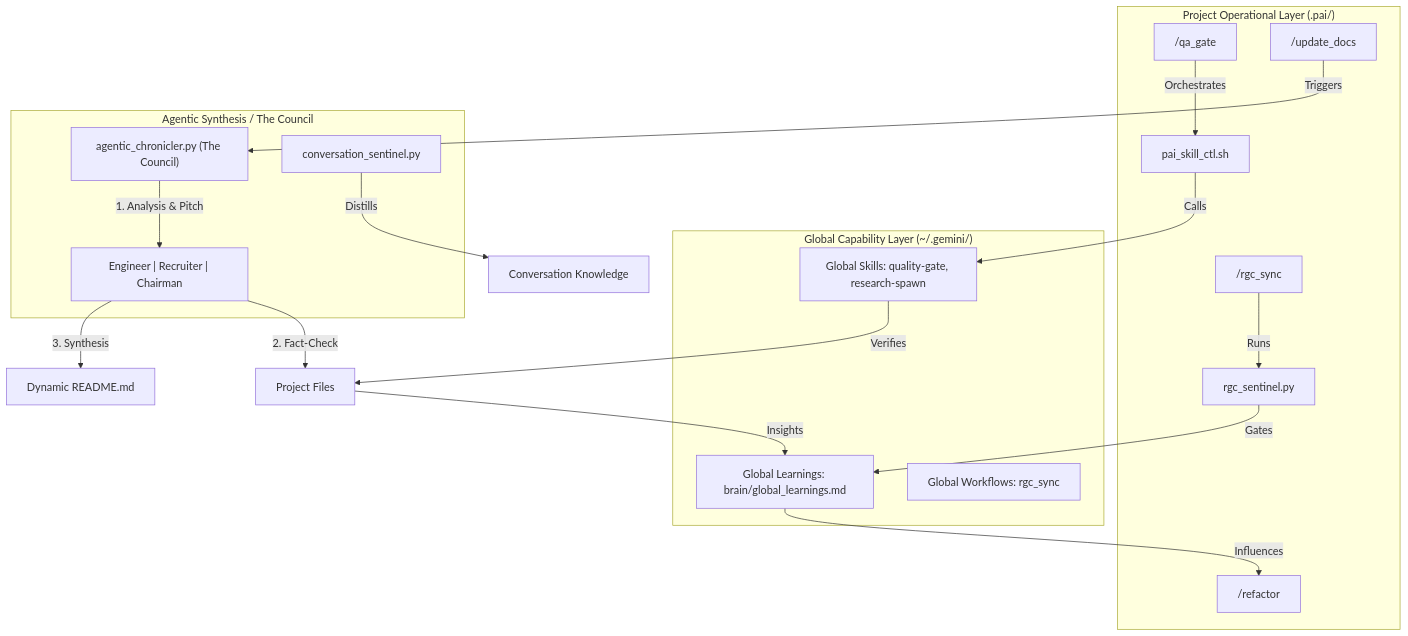
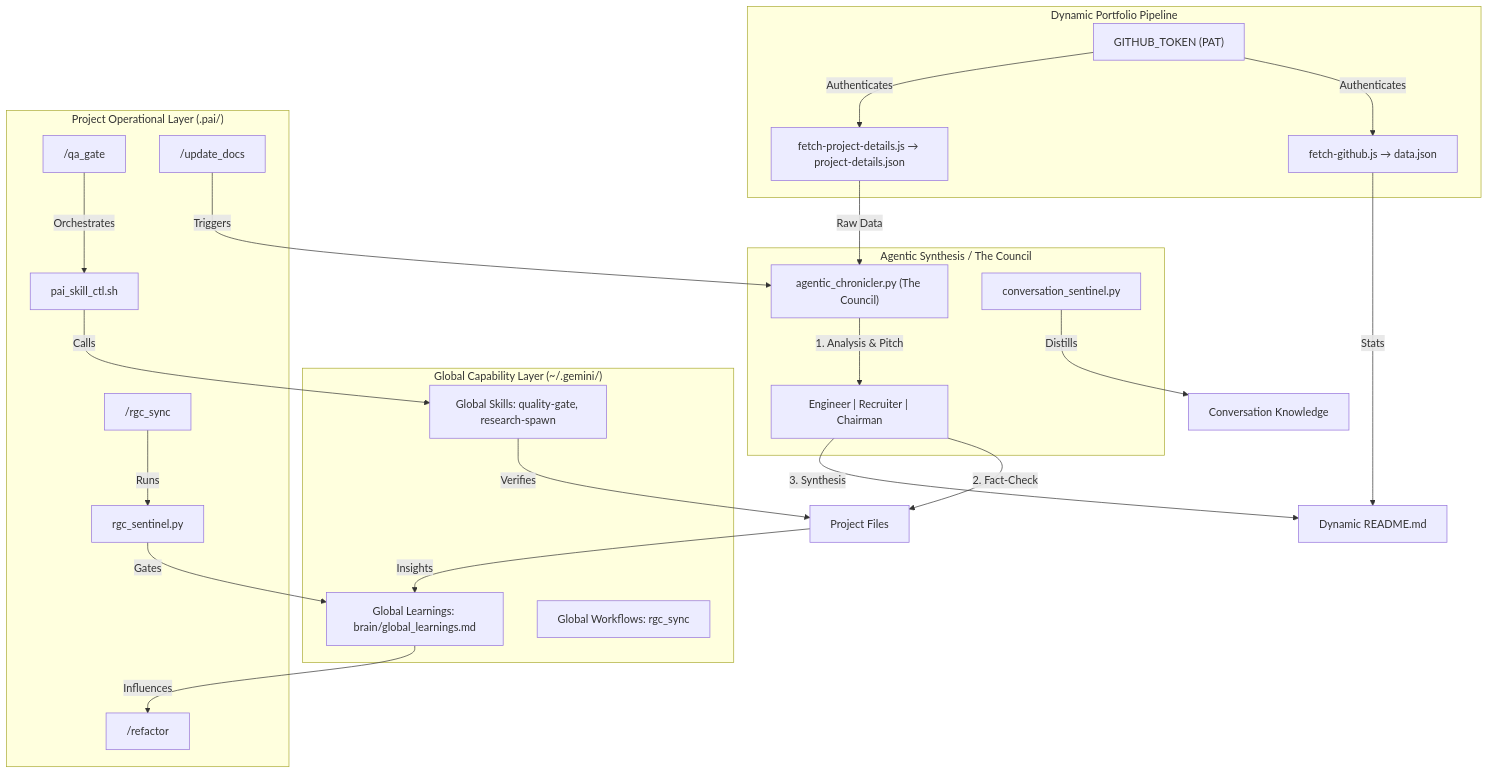
The sixth of 6 diagrams in .pai/docs/SYSTEM_ARCHITECTURE.md (akashagl92/Portfolio), drawn with Mermaid before and after one commit. The commit also changed other lines of this file and 14 other files, not shown here.

````diff
--- a/.pai/docs/SYSTEM_ARCHITECTURE.md
+++ b/.pai/docs/SYSTEM_ARCHITECTURE.md
@@ -95,40 +122,51 @@
 ```mermaid
 graph TD
     subgraph Global_Layer ["Global Capability Layer (~/.gemini/)"]
         GS["Global Skills: quality-gate, research-spawn"]
         GL["Global Learnings: brain/global_learnings.md"]
         GW["Global Workflows: rgc_sync"]
+    end
+
+    subgraph Data_Pipeline ["Dynamic Portfolio Pipeline"]
+        GH["GITHUB_TOKEN (PAT)"]
+        FG["fetch-github.js → data.json"]
+        FPD["fetch-project-details.js → project-details.json"]
     end
 
     subgraph Project_Layer ["Project Operational Layer (.pai/)"]
         W_QA["/qa_gate"]
         W_RG["/rgc_sync"]
         W_DOC["/update_docs"]
         W_REF["/refactor"]
         CTL["pai_skill_ctl.sh"]
         SENT["rgc_sentinel.py"]
     end
 
     subgraph Agentic_Core ["Agentic Synthesis / The Council"]
         AC["agentic_chronicler.py (The Council)"]
         CS["conversation_sentinel.py"]
         Council_P["Engineer | Recruiter | Chairman"]
     end
 
+    GH -- Authenticates --> FG
+    GH -- Authenticates --> FPD
+    FPD -- Raw Data --> AC
+
     W_QA -- Orchestrates --> CTL
     CTL -- Calls --> GS
     GS -- Verifies --> Project["Project Files"]
     
     W_RG -- Runs --> SENT
     SENT -- Gates --> GL
     
     W_DOC -- Triggers --> AC
     AC -- "1. Analysis & Pitch" --> Council_P
     Council_P -- "2. Fact-Check" --> Project
     Council_P -- "3. Synthesis" --> README["Dynamic README.md"]
+    FG -- Stats --> README
     
     Project -- Insights --> GL
     GL -- Influences --> W_REF
     
     CS -- Distills --> Session["Conversation Knowledge"]
 ```
````
